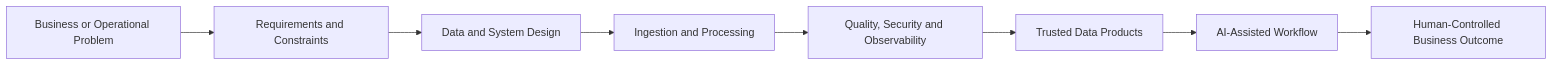
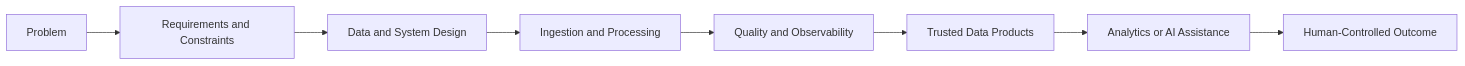
The diagram in README.md (SouravKh-7/git_portfolio), drawn with Mermaid before and after one commit. The commit also changed other lines of this file and 13 other files, not shown here.

````diff
--- a/README.md
+++ b/README.md
@@ -13,10 +26,10 @@
 ```mermaid
 flowchart LR
-    A[Business or Operational Problem] --> B[Requirements and Constraints]
+    A[Problem] --> B[Requirements and Constraints]
     B --> C[Data and System Design]
     C --> D[Ingestion and Processing]
-    D --> E[Quality, Security and Observability]
+    D --> E[Quality and Observability]
     E --> F[Trusted Data Products]
-    F --> G[AI-Assisted Workflow]
-    G --> H[Human-Controlled Business Outcome]
+    F --> G[Analytics or AI Assistance]
+    G --> H[Human-Controlled Outcome]
 ```
````
